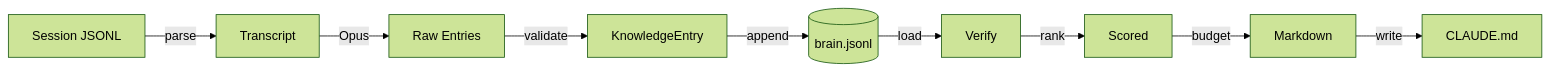
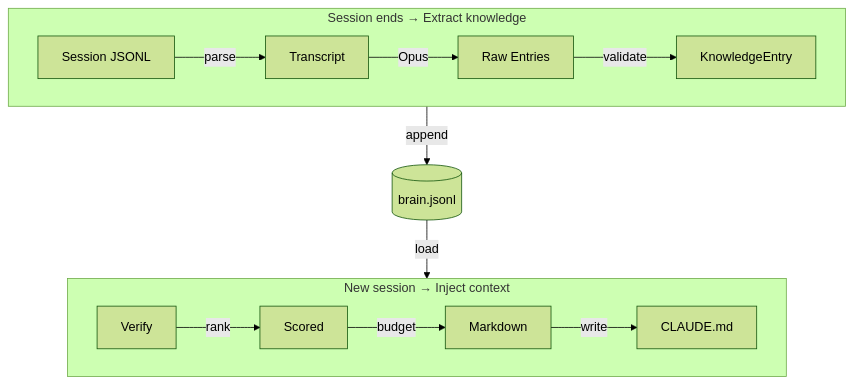
The first of 2 diagrams in README.md (pkmdev-sec/engram), drawn with Mermaid (forest theme) before and after one commit.

Commit message:
docs: fix mermaid pipeline to two-row layout with vertical connector
Write path and read path are horizontal subgraphs, connected
vertically through brain.jsonl using graph TD with direction LR
subgraphs.

````diff
--- a/README.md
+++ b/README.md
@@ -21,12 +21,20 @@
 ```mermaid
-graph LR
-    A[Session JSONL] -->|parse| B[Transcript]
-    B -->|Opus| C[Raw Entries]
-    C -->|validate| D[KnowledgeEntry]
+graph TD
+    subgraph Write["Session ends → Extract knowledge"]
+        direction LR
+        A[Session JSONL] -->|parse| B[Transcript]
+        B -->|Opus| C[Raw Entries]
+        C -->|validate| D[KnowledgeEntry]
+    end
+
     D -->|append| E[(brain.jsonl)]
 
-    E -->|load| F[Verify]
-    F -->|rank| G[Scored]
-    G -->|budget| H[Markdown]
-    H -->|write| I[CLAUDE.md]
+    subgraph Read["New session → Inject context"]
+        direction LR
+        F[Verify] -->|rank| G[Scored]
+        G -->|budget| H[Markdown]
+        H -->|write| I[CLAUDE.md]
+    end
+
+    E -->|load| F
 ```
````
